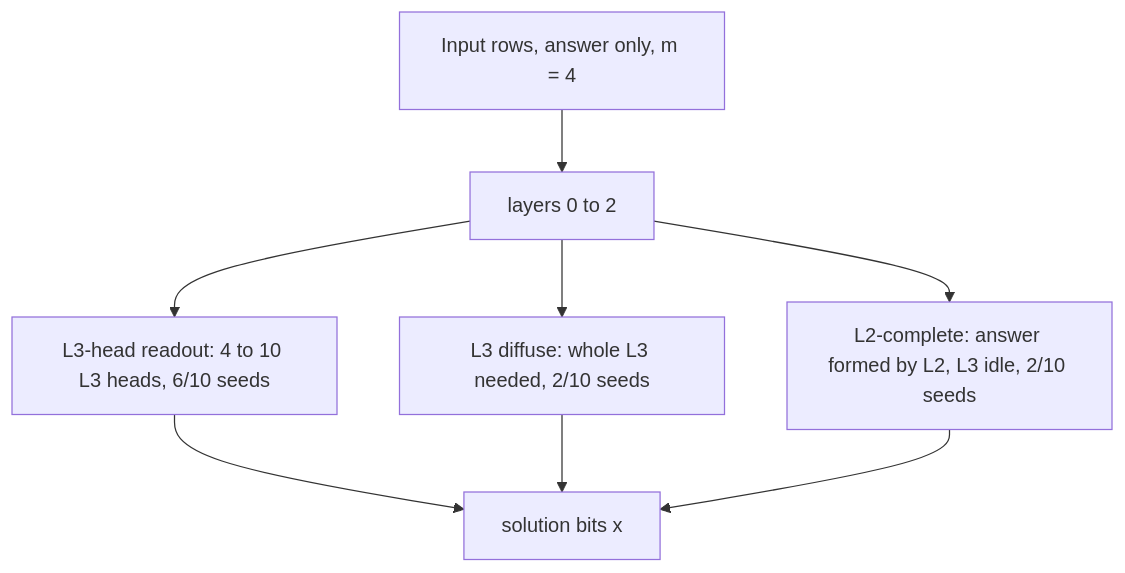
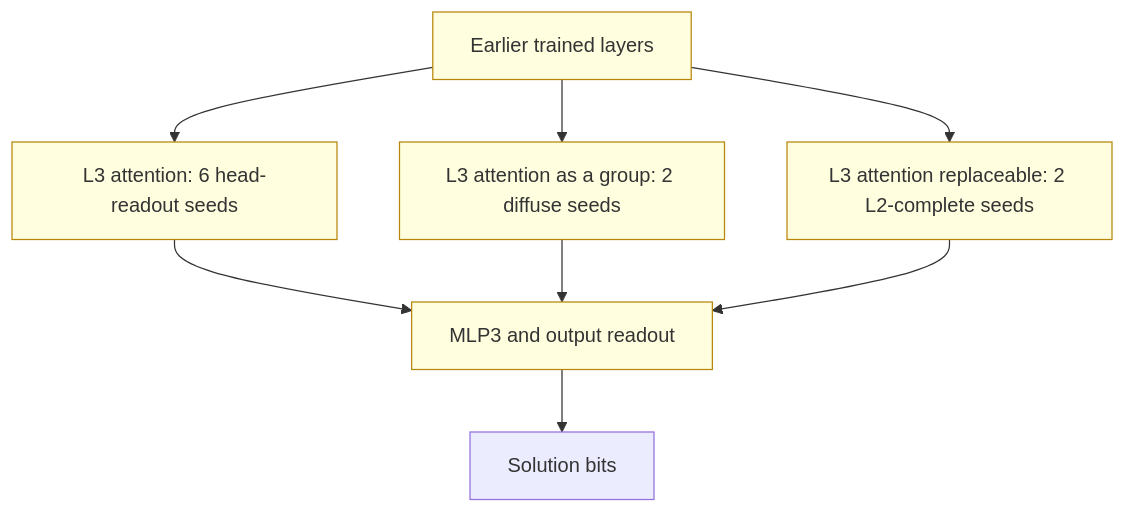
One commit to jc1122/mechanistic-interpretability-circuit-atlas changed the second of 2 diagrams in entries/gf2-elimination.md. Above: the diagram before and after it, drawn with Mermaid. The commit also changed other lines of this file and 54 other files, not shown here.

````diff
--- a/entries/gf2-elimination.md
+++ b/entries/gf2-elimination.md
@@ -145,10 +98,12 @@
 ```mermaid
 flowchart TD
-    P["Input rows, answer only, m = 4"] --> E["layers 0 to 2"]
-    E --> T1["L3-head readout: 4 to 10 L3 heads, 6/10 seeds"]
-    E --> T2["L3 diffuse: whole L3 needed, 2/10 seeds"]
-    E --> T3["L2-complete: answer formed by L2, L3 idle, 2/10 seeds"]
-    T1 --> X["solution bits x"]
-    T2 --> X
-    T3 --> X
+  A["Earlier trained layers"] --> B["L3 attention: 6 head-readout seeds"]
+  A --> C["L3 attention as a group: 2 diffuse seeds"]
+  A --> D["L3 attention replaceable: 2 L2-complete seeds"]
+  B --> E["MLP3 and output readout"]
+  C --> E
+  D --> E
+  E --> F["Solution bits"]
+  classDef trained fill:lightyellow,stroke:darkgoldenrod
+  class A,B,C,D,E trained
 ```
````
